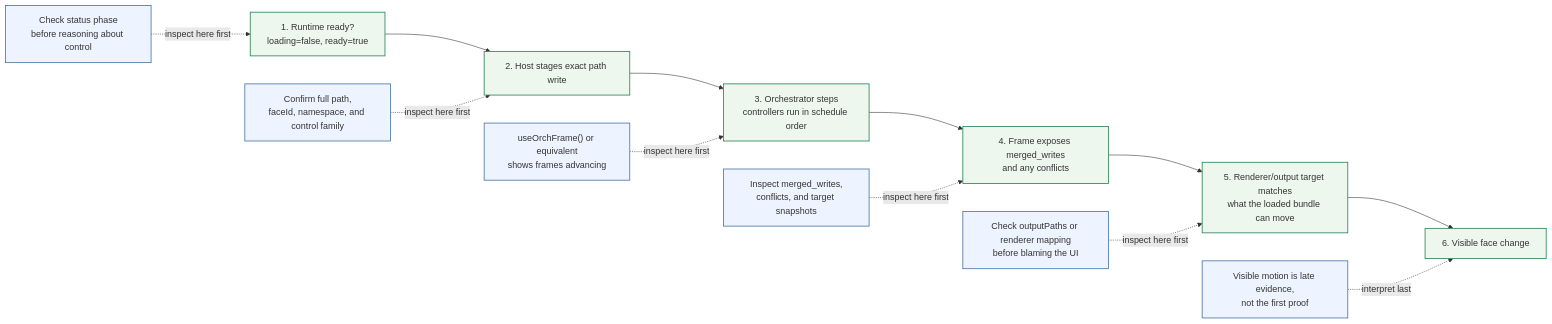
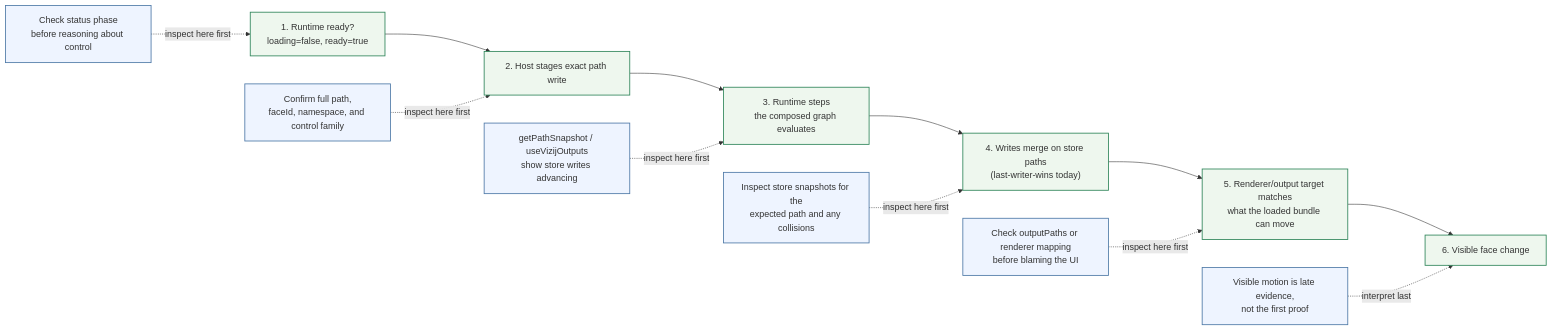
The diagram in current_documentation/guidebook/control/orchestration-and-diagnostics.md (vizij-ai/vizij-docs), drawn with Mermaid before and after one commit. The commit also changed other lines of this file and 8 other files, not shown here.

First line of the commit message:
docs: strip machine-path leaks + rewrite orchestration page off the removed orchestrator API

````diff
--- a/current_documentation/guidebook/control/orchestration-and-diagnostics.md
+++ b/current_documentation/guidebook/control/orchestration-and-diagnostics.md
@@ -50,28 +50,28 @@
 ```mermaid
 flowchart LR
     classDef stage fill:#eef7ee,stroke:#2f855a,stroke-width:1.5px
     classDef evidence fill:#eef4ff,stroke:#4e79a7,stroke-width:1.5px
 
     ready["1. Runtime ready?\nloading=false, ready=true"] --> stage["2. Host stages exact path write"]
-    stage --> step["3. Orchestrator steps\ncontrollers run in schedule order"]
-    step --> merge["4. Frame exposes merged_writes\nand any conflicts"]
+    stage --> step["3. Runtime steps\nthe composed graph evaluates"]
+    step --> merge["4. Writes merge on store paths\n(last-writer-wins today)"]
     merge --> render["5. Renderer/output target matches\nwhat the loaded bundle can move"]
     render --> face["6. Visible face change"]
 
     readyEvidence["Check status phase\nbefore reasoning about control"]
     pathEvidence["Confirm full path,\nfaceId, namespace, and control family"]
-    orchEvidence["useOrchFrame() or equivalent\nshows frames advancing"]
-    mergeEvidence["Inspect merged_writes,\nconflicts, and target snapshots"]
+    orchEvidence["getPathSnapshot / useVizijOutputs\nshow store writes advancing"]
+    mergeEvidence["Inspect store snapshots for the\nexpected path and any collisions"]
     renderEvidence["Check outputPaths or renderer mapping\nbefore blaming the UI"]
     faceEvidence["Visible motion is late evidence,\nnot the first proof"]
 
     readyEvidence -. inspect here first .-> ready
     pathEvidence -. inspect here first .-> stage
     orchEvidence -. inspect here first .-> step
     mergeEvidence -. inspect here first .-> merge
     renderEvidence -. inspect here first .-> render
     faceEvidence -. interpret last .-> face
 
     class ready,stage,step,merge,render,face stage
     class readyEvidence,pathEvidence,orchEvidence,mergeEvidence,renderEvidence,faceEvidence evidence
 ```
````
